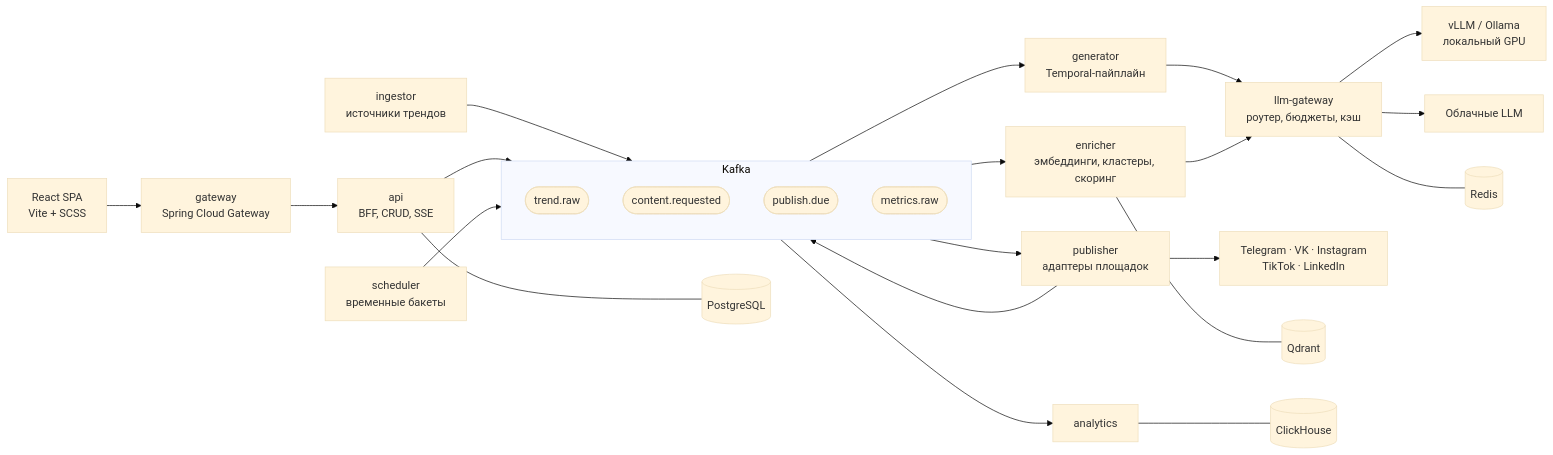
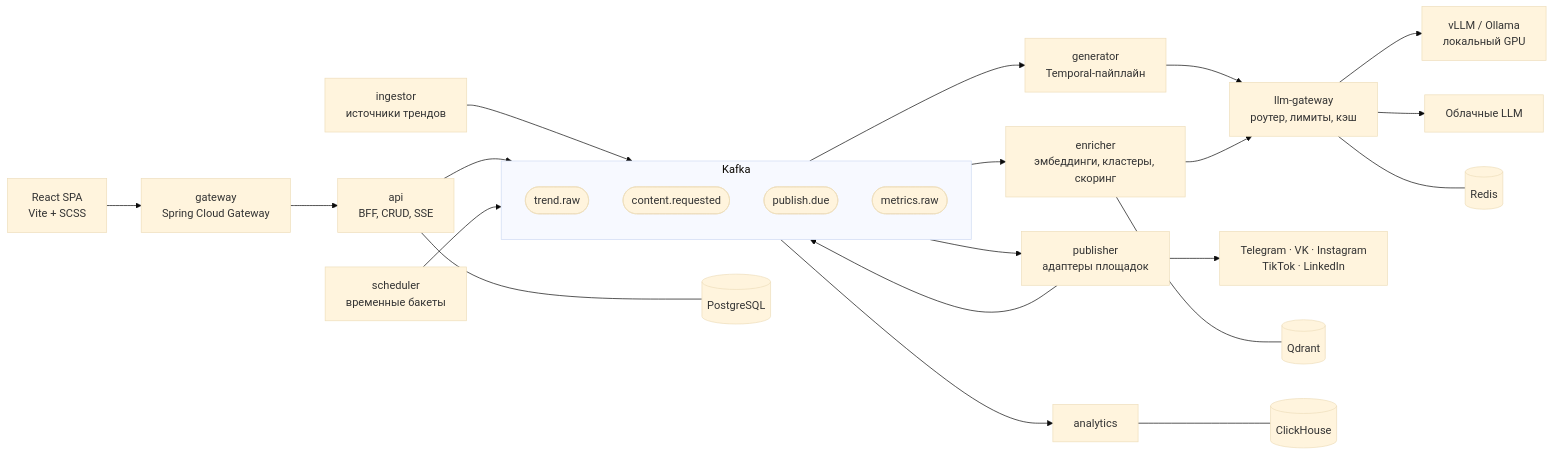
Before and after one commit to VadimMor/Rabbot: the diagram in README.MD, drawn with Mermaid (base theme). The commit also changed other lines of this file and 4 other files, not shown here.

````diff
--- a/README.MD
+++ b/README.MD
@@ -55,32 +55,32 @@
 ```mermaid
 flowchart LR
     UI["React SPA<br/>Vite + SCSS"] --> GW["gateway<br/>Spring Cloud Gateway"]
     GW --> API["api<br/>BFF, CRUD, SSE"]
 
     subgraph K["Kafka"]
         direction TB
         T1(["trend.raw"])
         T2(["content.requested"])
         T3(["publish.due"])
         T4(["metrics.raw"])
     end
 
     ING["ingestor<br/>источники трендов"] --> T1
     T1 --> ENR["enricher<br/>эмбеддинги, кластеры, скоринг"]
     API --> T2
     T2 --> GEN["generator<br/>Temporal-пайплайн"]
-    GEN --> LLM["llm-gateway<br/>роутер, бюджеты, кэш"]
+    GEN --> LLM["llm-gateway<br/>роутер, лимиты, кэш"]
     ENR --> LLM
     LLM --> VLLM["vLLM / Ollama<br/>локальный GPU"]
     LLM --> CLOUD["Облачные LLM"]
     SCH["scheduler<br/>временные бакеты"] --> T3
     T3 --> PUB["publisher<br/>адаптеры площадок"]
     PUB --> SOC["Telegram · VK · Instagram<br/>TikTok · LinkedIn"]
     PUB --> T4
     T4 --> AN["analytics"]
 
     API --- PG[("PostgreSQL")]
     ENR --- QD[("Qdrant")]
     AN --- CH[("ClickHouse")]
     LLM --- RD[("Redis")]
 ```
````
